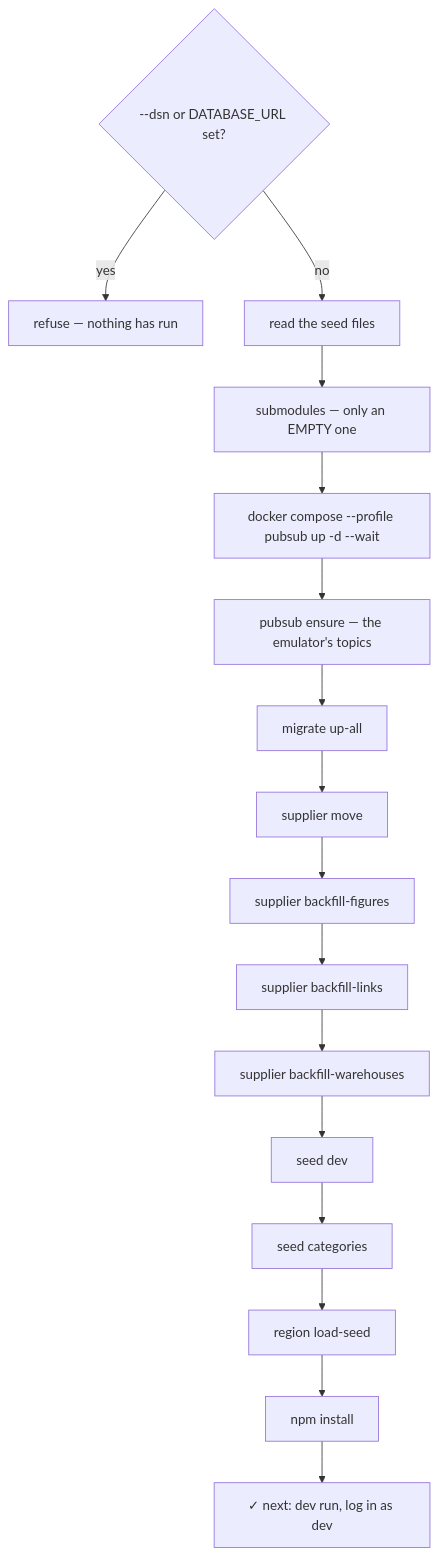
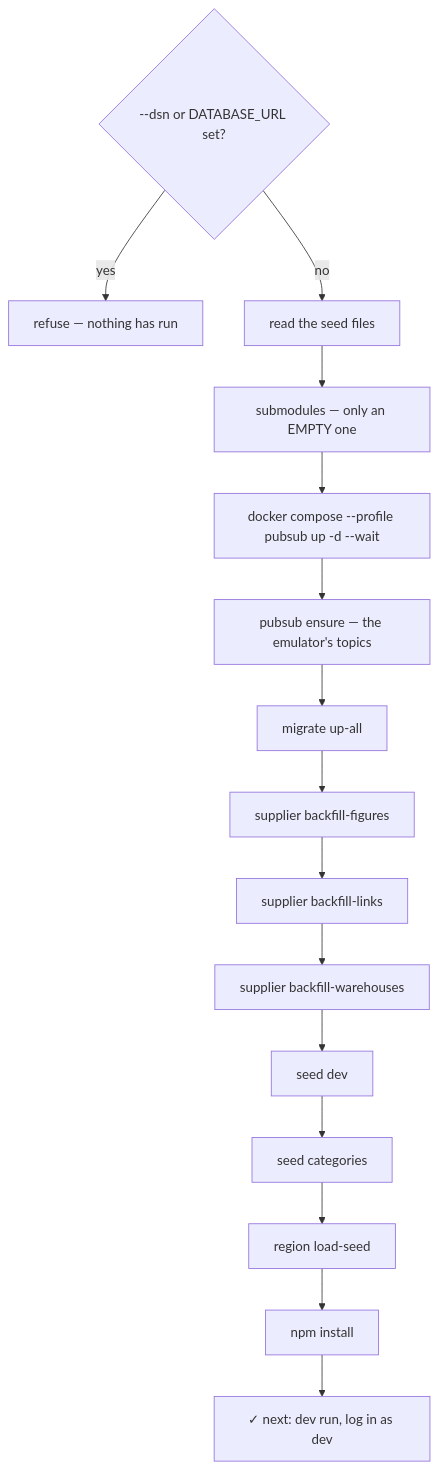
One commit to pdcgo/warehouse_revamp changed the third of 25 diagrams in docs/tools/san.md. Above: the diagram before and after it, drawn with Mermaid. The commit also changed other lines of this file and 41 other files, not shown here.

````diff
--- a/docs/tools/san.md
+++ b/docs/tools/san.md
@@ -353,18 +354,17 @@
 ```mermaid
 flowchart TD
     G{"--dsn or DATABASE_URL set?"} -->|"yes"| X["refuse — nothing has run"]
     G -->|"no"| R["read the seed files"]
     R --> S["submodules — only an EMPTY one"]
     S --> D["docker compose --profile pubsub up -d --wait"]
     D --> E["pubsub ensure — the emulator's topics"]
     E --> M["migrate up-all"]
-    M --> SM["supplier move"]
-    SM --> SB["supplier backfill-figures"]
+    M --> SB["supplier backfill-figures"]
     SB --> SL["supplier backfill-links"]
     SL --> SW["supplier backfill-warehouses"]
     SW --> SD["seed dev"]
     SD --> SC["seed categories"]
     SC --> RG["region load-seed"]
     RG --> N["npm install"]
     N --> OK["✓ next: dev run, log in as dev"]
 ```
````
